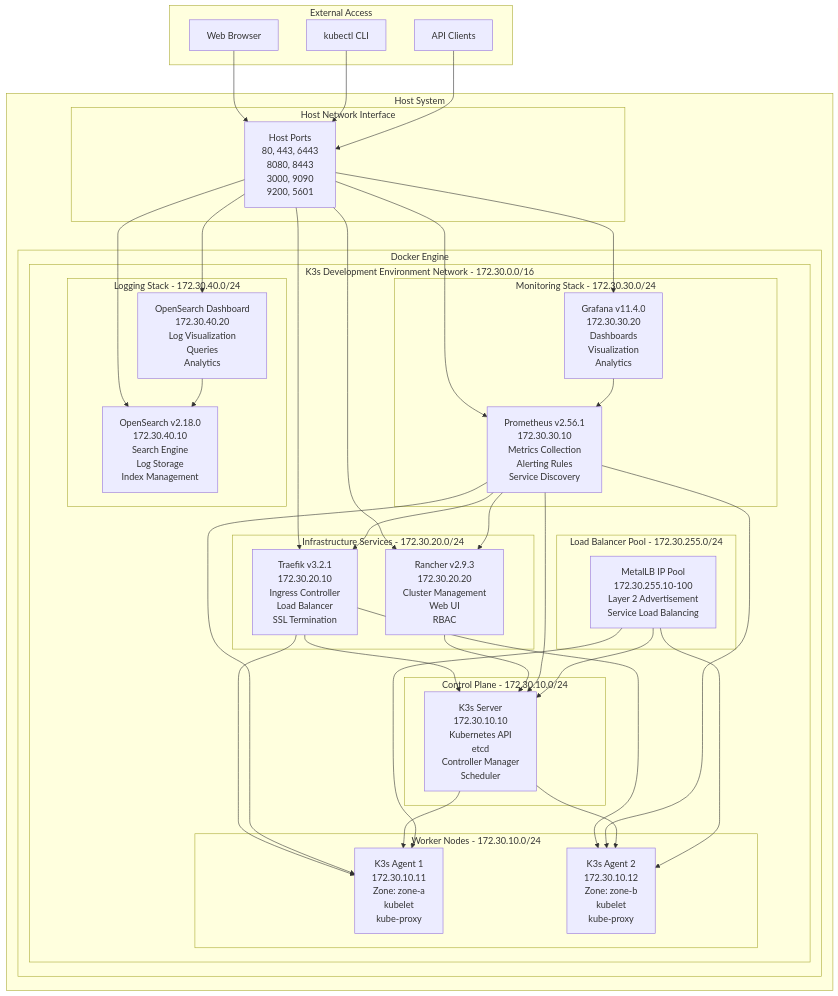
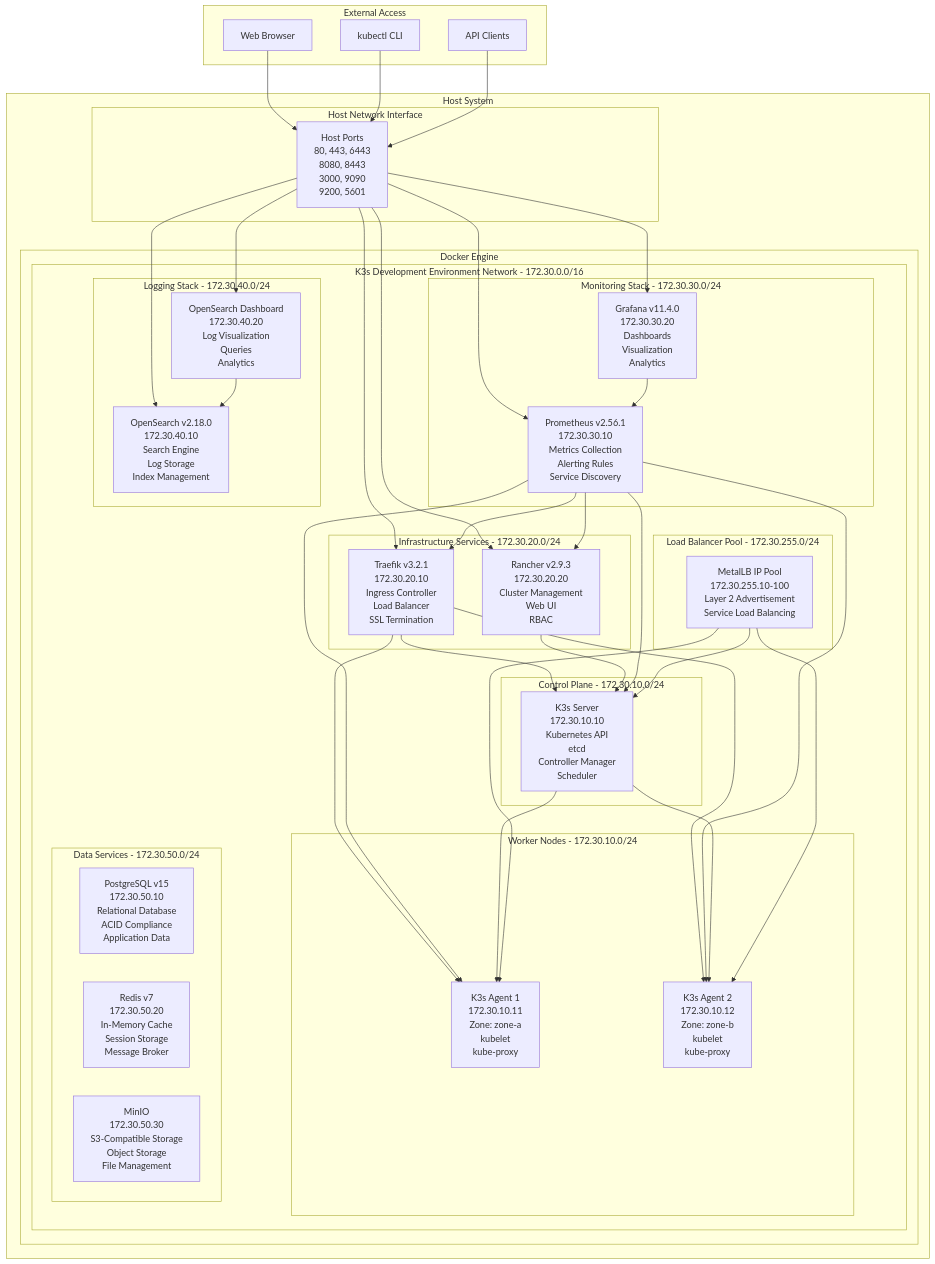
The first of 11 diagrams in docs/architecture/README.md (MUN1Z/k3s-dev-environment), drawn with Mermaid before and after one commit. The commit also changed other lines of this file and 1 other file, not shown here.

Commit message:
docs: Update architecture and getting-started documentation
- Update architecture documentation with PostgreSQL and pgAdmin4
- Add PostgreSQL services to getting-started guide
- Include new access methods and service references
- Cross-reference PostgreSQL documentation sections

Updates:
- Architecture diagrams include PostgreSQL components
- Getting-started guide covers PostgreSQL setup
- Service discovery documentation updated
- Documentation navigation improvements

```diff
--- a/docs/architecture/README.md
+++ b/docs/architecture/README.md
@@ -52,6 +52,12 @@
                 subgraph "Logging Stack - 172.30.40.0/24"
                     OPENSEARCH[OpenSearch v2.18.0<br/>172.30.40.10<br/>Search Engine<br/>Log Storage<br/>Index Management]
                     OPENSEARCH_DASH[OpenSearch Dashboard<br/>172.30.40.20<br/>Log Visualization<br/>Queries<br/>Analytics]
+                end
+                
+                subgraph "Data Services - 172.30.50.0/24"
+                    POSTGRES[PostgreSQL v15<br/>172.30.50.10<br/>Relational Database<br/>ACID Compliance<br/>Application Data]
+                    REDIS[Redis v7<br/>172.30.50.20<br/>In-Memory Cache<br/>Session Storage<br/>Message Broker]
+                    MINIO[MinIO<br/>172.30.50.30<br/>S3-Compatible Storage<br/>Object Storage<br/>File Management]
                 end
                 
                 subgraph "Load Balancer Pool - 172.30.255.0/24"
```
